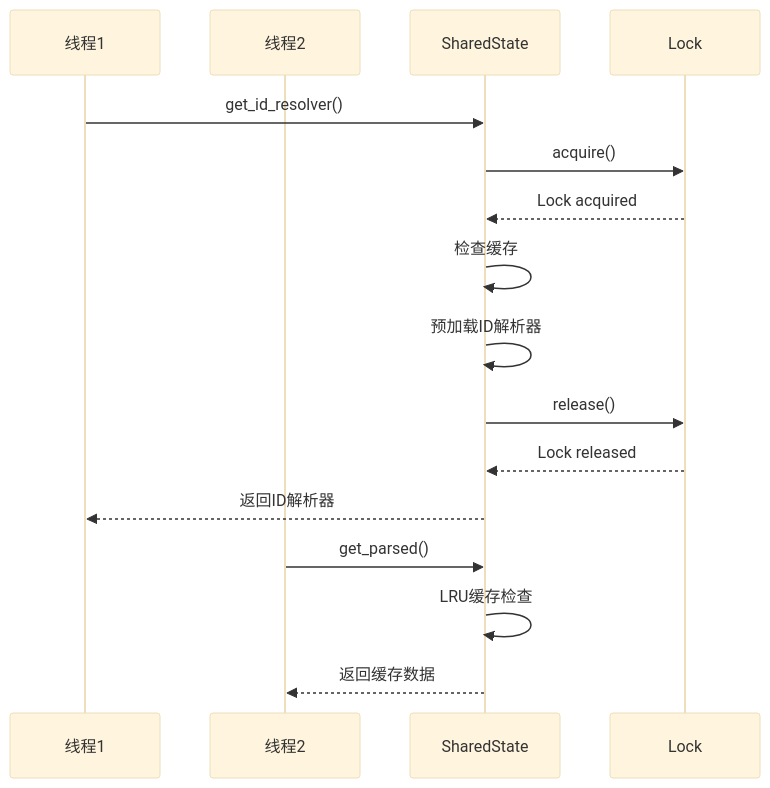
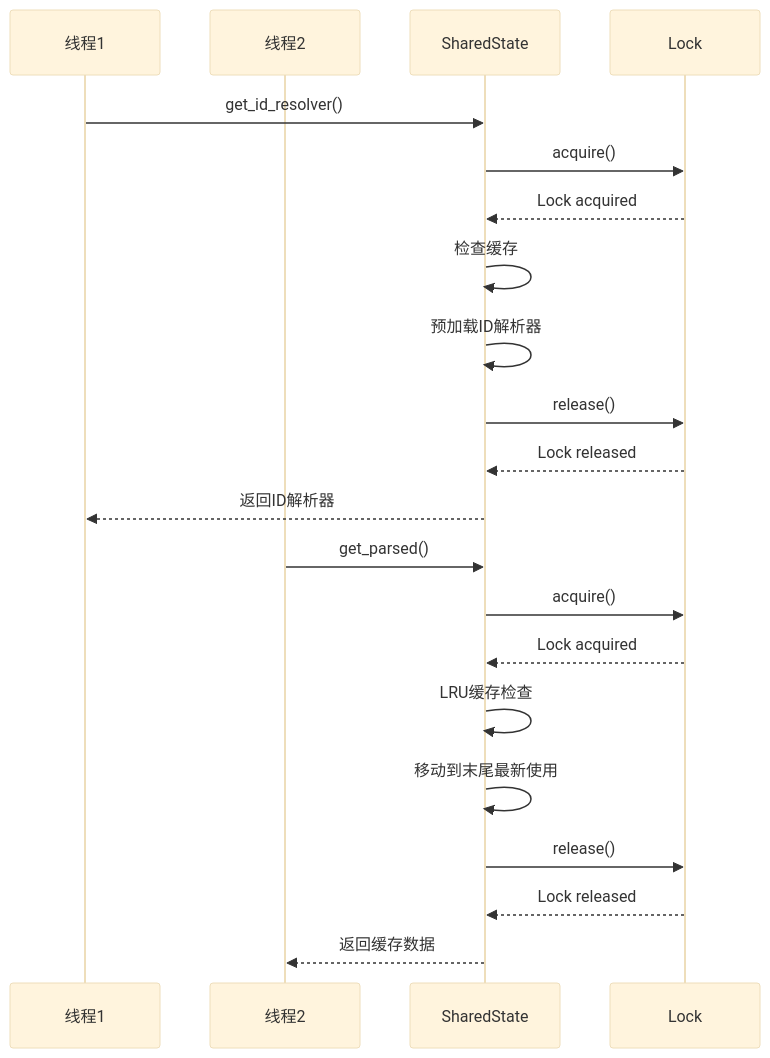
One commit to 1173591564/academic-based-qoder changed the fourth of 8 diagrams in .qoder/repowiki/zh/content/Python后端系统/共享状态管理系统.md. Above: the diagram before and after it, drawn with Mermaid (base theme). The commit also changed other lines of this file and 81 other files, not shown here.

````diff
--- a/.qoder/repowiki/zh/content/Python后端系统/共享状态管理系统.md
+++ b/.qoder/repowiki/zh/content/Python后端系统/共享状态管理系统.md
@@ -188,18 +201,23 @@
 ```mermaid
 sequenceDiagram
 participant T1 as 线程1
 participant T2 as 线程2
 participant SS as SharedState
 participant LR as Lock
 T1->>SS : get_id_resolver()
 SS->>LR : acquire()
 LR-->>SS : Lock acquired
 SS->>SS : 检查缓存
 SS->>SS : 预加载ID解析器
 SS->>LR : release()
 LR-->>SS : Lock released
 SS-->>T1 : 返回ID解析器
 T2->>SS : get_parsed()
+SS->>LR : acquire()
+LR-->>SS : Lock acquired
 SS->>SS : LRU缓存检查
+SS->>SS : 移动到末尾最新使用
+SS->>LR : release()
+LR-->>SS : Lock released
 SS-->>T2 : 返回缓存数据
 ```
````
